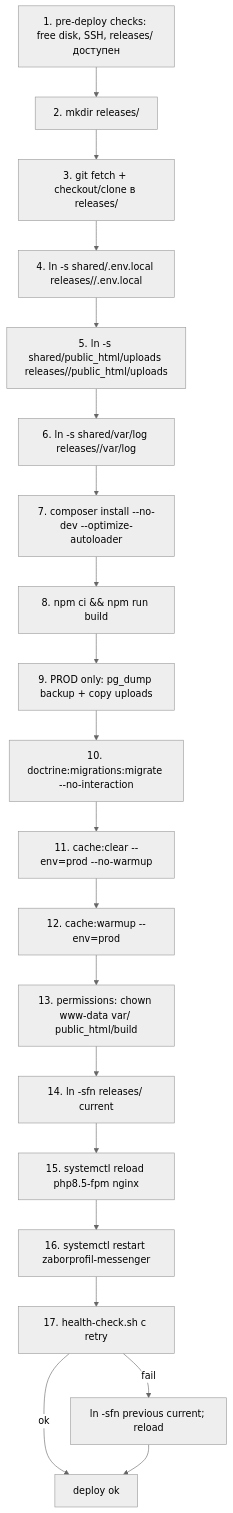
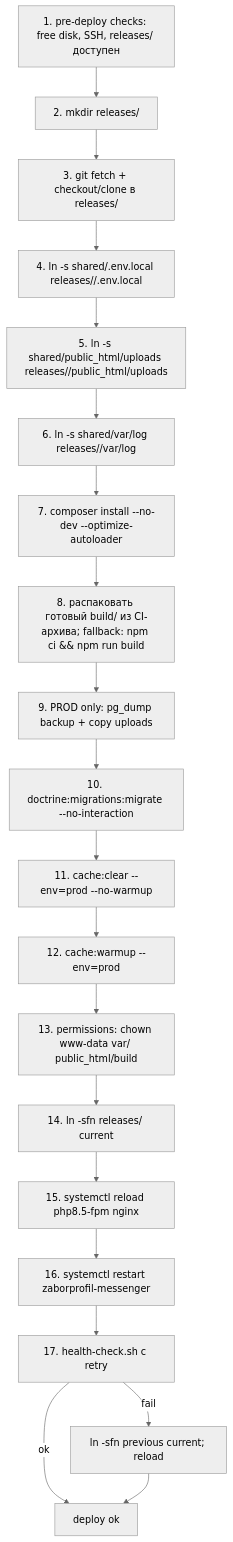
Before and after one commit to ariestop/zaborprofil: the diagram in docs/34-deployment.md, drawn with Mermaid (neutral theme). The commit also changed other lines of this file and 3 other files, not shown here.

````diff
--- a/docs/34-deployment.md
+++ b/docs/34-deployment.md
@@ -72,22 +72,22 @@
 ```mermaid
 flowchart TB
     s1[1. pre-deploy checks: free disk, SSH, releases/ доступен] --> s2[2. mkdir releases/<ts>]
     s2 --> s3[3. git fetch + checkout/clone в releases/<ts>]
     s3 --> s4[4. ln -s shared/.env.local releases/<ts>/.env.local]
     s4 --> s5[5. ln -s shared/public_html/uploads releases/<ts>/public_html/uploads]
     s5 --> s6[6. ln -s shared/var/log releases/<ts>/var/log]
     s6 --> s7[7. composer install --no-dev --optimize-autoloader]
-    s7 --> s8[8. npm ci && npm run build]
+    s7 --> s8[8. распаковать готовый build/ из CI-архива; fallback: npm ci && npm run build]
     s8 --> s9[9. PROD only: pg_dump backup + copy uploads]
     s9 --> s10[10. doctrine:migrations:migrate --no-interaction]
     s10 --> s11[11. cache:clear --env=prod --no-warmup]
     s11 --> s12[12. cache:warmup --env=prod]
     s12 --> s13[13. permissions: chown www-data var/ public_html/build]
     s13 --> s14[14. ln -sfn releases/<ts> current]
     s14 --> s15[15. systemctl reload php8.5-fpm nginx]
     s15 --> s16[16. systemctl restart zaborprofil-messenger]
     s16 --> s17[17. health-check.sh с retry]
     s17 -->|ok| Done[deploy ok]
     s17 -->|fail| Rollback[ln -sfn previous current; reload]
     Rollback --> Done
 ```
````
